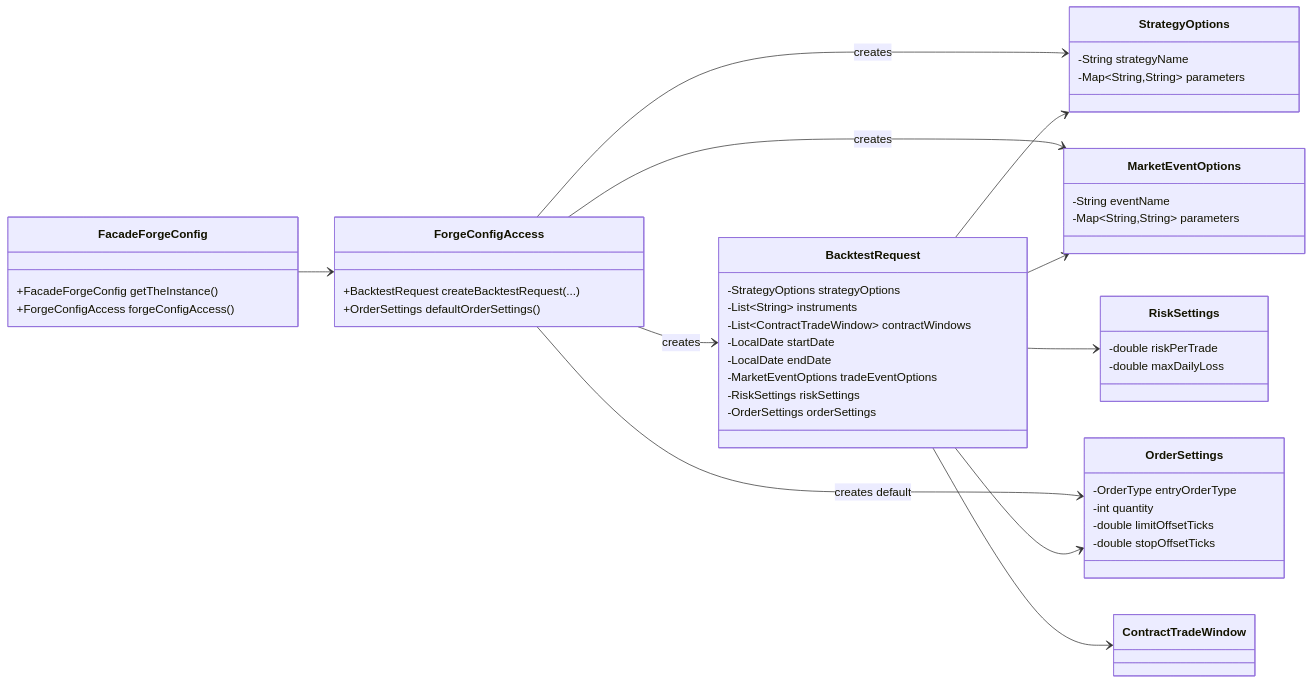
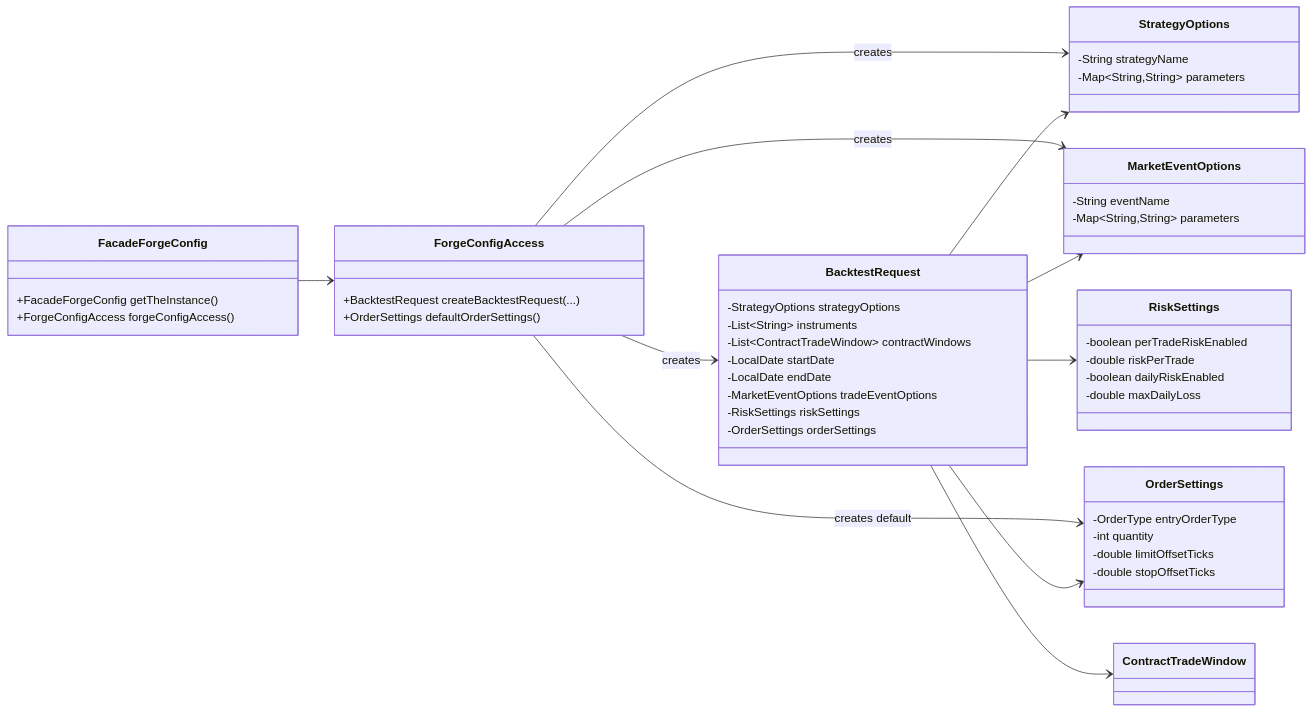
Before and after one commit to probst-paul/FORGE: the seventh of 25 diagrams in class-model.md, drawn with Mermaid. The commit also changed other lines of this file and 11 other files, not shown here.

````diff
--- a/class-model.md
+++ b/class-model.md
@@ -319,58 +410,60 @@
 ```mermaid
 classDiagram
     direction LR
 
     class FacadeForgeConfig {
         +FacadeForgeConfig getTheInstance()
         +ForgeConfigAccess forgeConfigAccess()
     }
 
     class ForgeConfigAccess {
         +BacktestRequest createBacktestRequest(...)
         +OrderSettings defaultOrderSettings()
     }
 
     class BacktestRequest {
         -StrategyOptions strategyOptions
         -List~String~ instruments
         -List~ContractTradeWindow~ contractWindows
         -LocalDate startDate
         -LocalDate endDate
         -MarketEventOptions tradeEventOptions
         -RiskSettings riskSettings
         -OrderSettings orderSettings
     }
 
     class StrategyOptions {
         -String strategyName
         -Map~String,String~ parameters
     }
 
     class MarketEventOptions {
         -String eventName
         -Map~String,String~ parameters
     }
 
     class RiskSettings {
+        -boolean perTradeRiskEnabled
         -double riskPerTrade
+        -boolean dailyRiskEnabled
         -double maxDailyLoss
     }
 
     class OrderSettings {
         -OrderType entryOrderType
         -int quantity
         -double limitOffsetTicks
         -double stopOffsetTicks
     }
 
     FacadeForgeConfig --> ForgeConfigAccess
     ForgeConfigAccess --> BacktestRequest : creates
     ForgeConfigAccess --> StrategyOptions : creates
     ForgeConfigAccess --> MarketEventOptions : creates
     ForgeConfigAccess --> OrderSettings : creates default
     BacktestRequest --> StrategyOptions
     BacktestRequest --> MarketEventOptions
     BacktestRequest --> RiskSettings
     BacktestRequest --> OrderSettings
     BacktestRequest --> ContractTradeWindow
 ```
````
